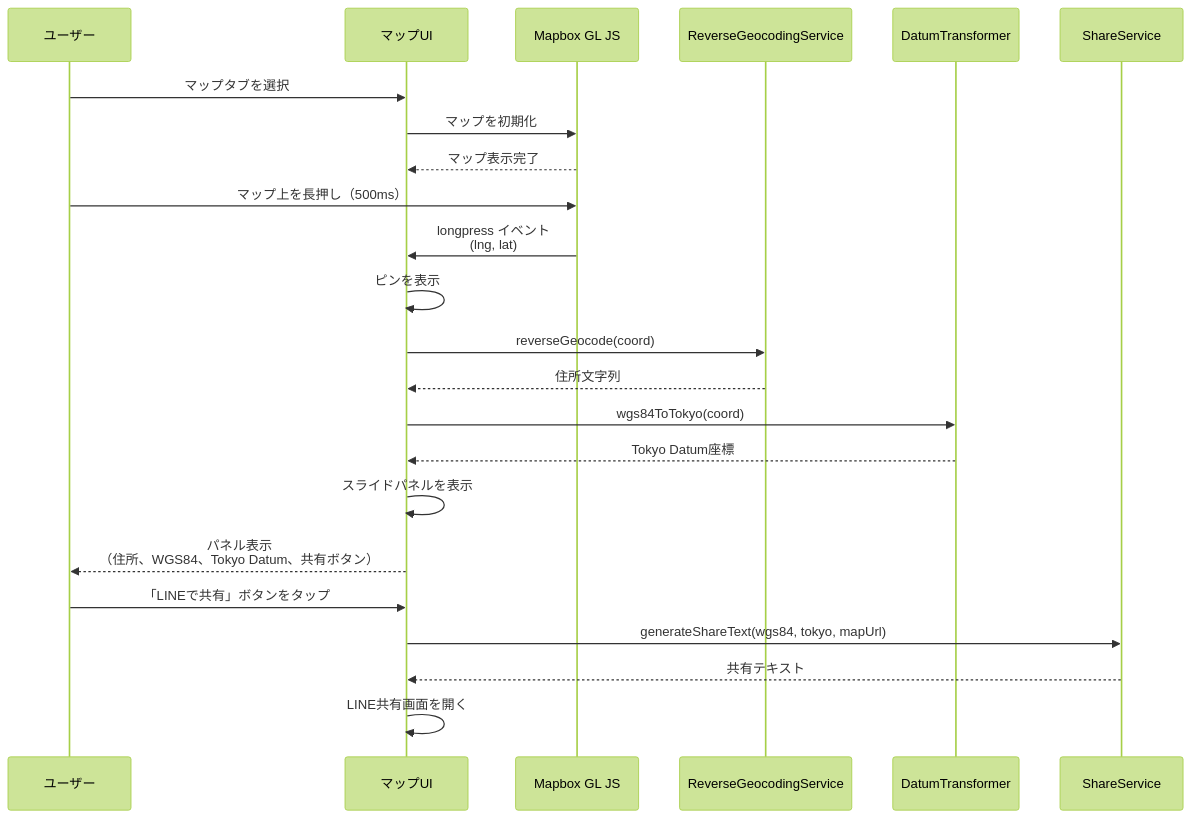
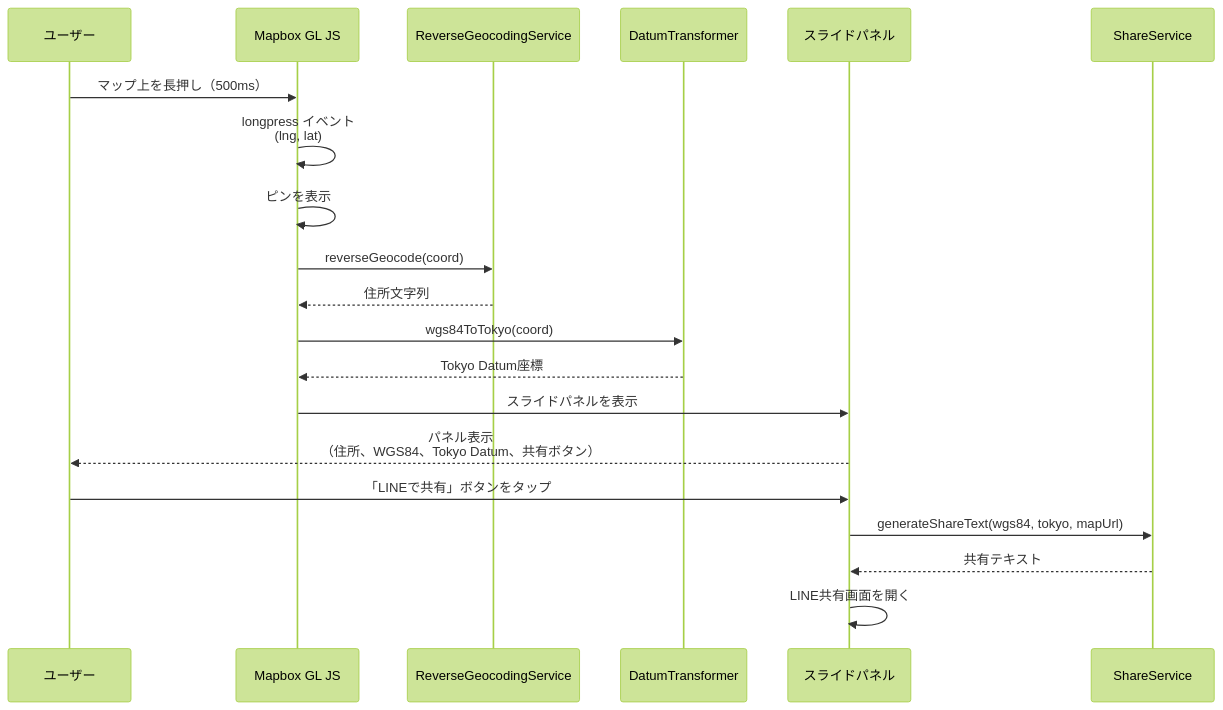
One commit to oyaakihisa/ichi-link changed the seventh of 8 diagrams in docs/functional-design.md. Above: the diagram before and after it, drawn with Mermaid (forest theme). The commit also changed other lines of this file and 8 other files, not shown here.

````diff
--- a/docs/functional-design.md
+++ b/docs/functional-design.md
@@ -640,31 +687,27 @@
 ```mermaid
 sequenceDiagram
     participant User as ユーザー
-    participant UI as マップUI
     participant Map as Mapbox GL JS
     participant ReverseGeo as ReverseGeocodingService
     participant Datum as DatumTransformer
+    participant Panel as スライドパネル
     participant Share as ShareService
 
-    User->>UI: マップタブを選択
-    UI->>Map: マップを初期化
-    Map-->>UI: マップ表示完了
+    User->>Map: マップ上を長押し（500ms）
+    Map->>Map: longpress イベント<br/>(lng, lat)
+    Map->>Map: ピンを表示
 
-    User->>Map: マップ上を長押し（500ms）
-    Map->>UI: longpress イベント<br/>(lng, lat)
-    UI->>UI: ピンを表示
+    Map->>ReverseGeo: reverseGeocode(coord)
+    ReverseGeo-->>Map: 住所文字列
 
-    UI->>ReverseGeo: reverseGeocode(coord)
-    ReverseGeo-->>UI: 住所文字列
+    Map->>Datum: wgs84ToTokyo(coord)
+    Datum-->>Map: Tokyo Datum座標
 
-    UI->>Datum: wgs84ToTokyo(coord)
-    Datum-->>UI: Tokyo Datum座標
+    Map->>Panel: スライドパネルを表示
+    Panel-->>User: パネル表示<br/>（住所、WGS84、Tokyo Datum、共有ボタン）
 
-    UI->>UI: スライドパネルを表示
-    UI-->>User: パネル表示<br/>（住所、WGS84、Tokyo Datum、共有ボタン）
-
-    User->>UI: 「LINEで共有」ボタンをタップ
-    UI->>Share: generateShareText(wgs84, tokyo, mapUrl)
-    Share-->>UI: 共有テキスト
-    UI->>UI: LINE共有画面を開く
+    User->>Panel: 「LINEで共有」ボタンをタップ
+    Panel->>Share: generateShareText(wgs84, tokyo, mapUrl)
+    Share-->>Panel: 共有テキスト
+    Panel->>Panel: LINE共有画面を開く
 ```
````
